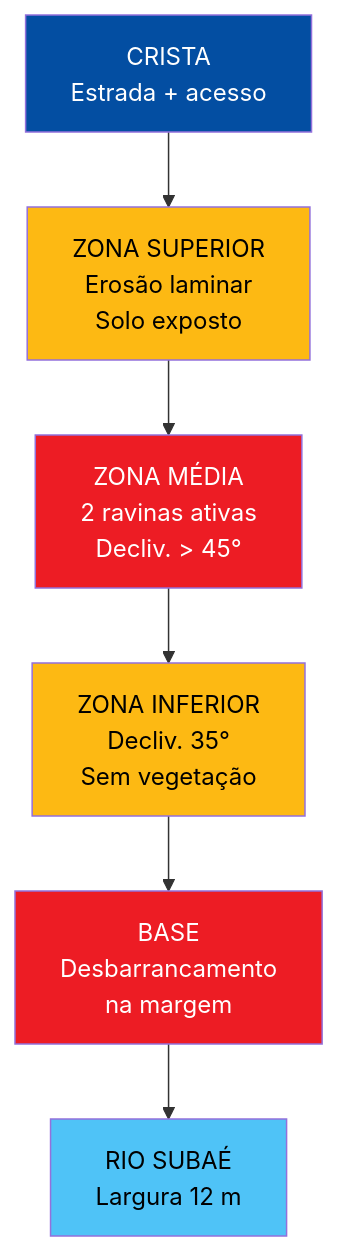
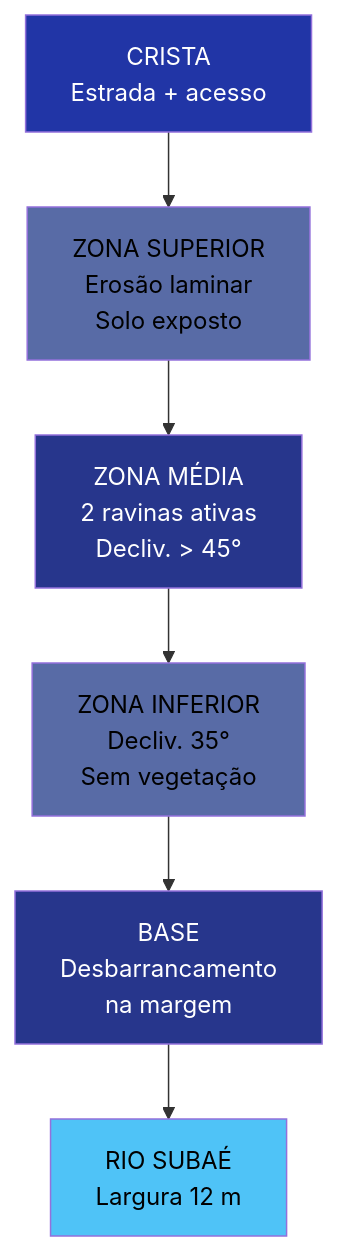
Before and after one commit to ldvsantos/cv: the sixth of 7 diagrams in aulas/bioengenharia_de_solos/aulas/projeto_integrador/projeto_integrador.qmd, drawn with Mermaid. The commit also changed other lines of this file and 466 other files, not shown here.

````diff
--- a/aulas/bioengenharia_de_solos/aulas/projeto_integrador/projeto_integrador.qmd
+++ b/aulas/bioengenharia_de_solos/aulas/projeto_integrador/projeto_integrador.qmd
@@ -499,15 +497,15 @@
 ```{mermaid}
 %%| fig-width: 4.5
 graph TD
     A["CRISTA<br>Estrada + acesso"] --> B["ZONA SUPERIOR<br>Erosão laminar<br>Solo exposto"]
     B --> C["ZONA MÉDIA<br>2 ravinas ativas<br>Decliv. > 45°"]
     C --> D["ZONA INFERIOR<br>Decliv. 35°<br>Sem vegetação"]
     D --> E["BASE<br>Desbarrancamento<br>na margem"]
     E --> F["RIO SUBAÉ<br>Largura 12 m"]
-    style A fill:#034EA2,color:#fff
-    style B fill:#FDB913,color:#000
-    style C fill:#ED1C24,color:#fff
-    style D fill:#FDB913,color:#000
-    style E fill:#ED1C24,color:#fff
+    style A fill:#2135A6,color:#fff
+    style B fill:#586BA6,color:#000
+    style C fill:#27368C,color:#fff
+    style D fill:#586BA6,color:#000
+    style E fill:#27368C,color:#fff
     style F fill:#4FC3F7,color:#000
 ```
````
